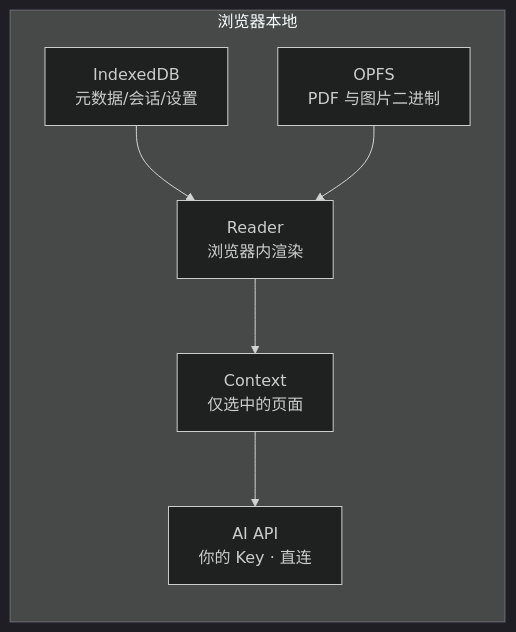
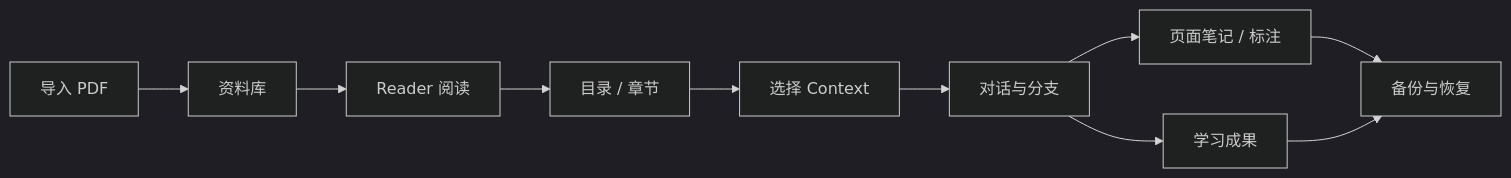
The second of 2 diagrams in README.md (beichen126/ai-education-reader), drawn with Mermaid (dark theme) before and after one commit. The commit also changed other lines of this file and 8 other files, not shown here.

````diff
--- a/README.md
+++ b/README.md
@@ -68,14 +67,12 @@
 ```mermaid
 flowchart LR
-  subgraph Browser[浏览器本地]
-    M[IndexedDB<br/>元数据/会话/设置]
-    B[OPFS<br/>PDF 与图片二进制]
-    R[Reader<br/>浏览器内渲染]
-    C[Context<br/>仅选中的页面]
-    A[AI API<br/>你的 Key · 直连]
-    M --> R
-    B --> R
-    R --> C
-    C --> A
-  end
+  A[导入 PDF] --> B[资料库]
+  B --> C[Reader 阅读]
+  C --> D[目录 / 章节]
+  D --> E[选择 Context]
+  E --> F[对话与分支]
+  F --> G[页面笔记 / 标注]
+  F --> H[学习成果]
+  G --> I[备份与恢复]
+  H --> I
 ```
````
